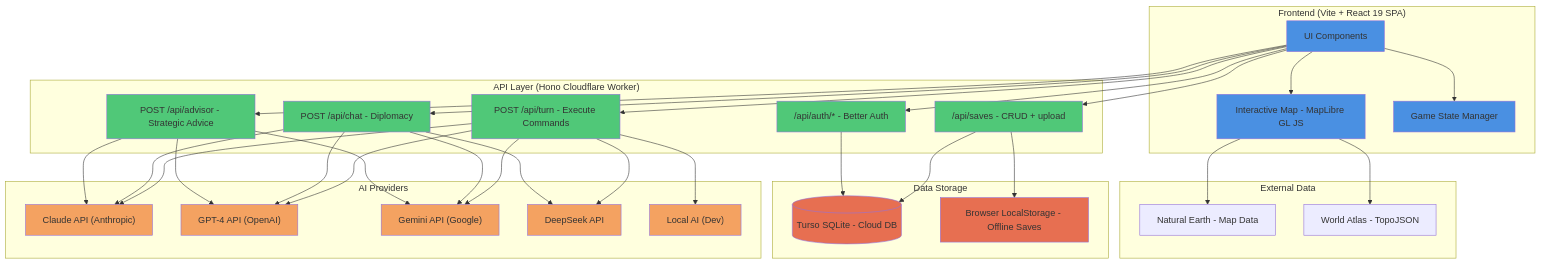
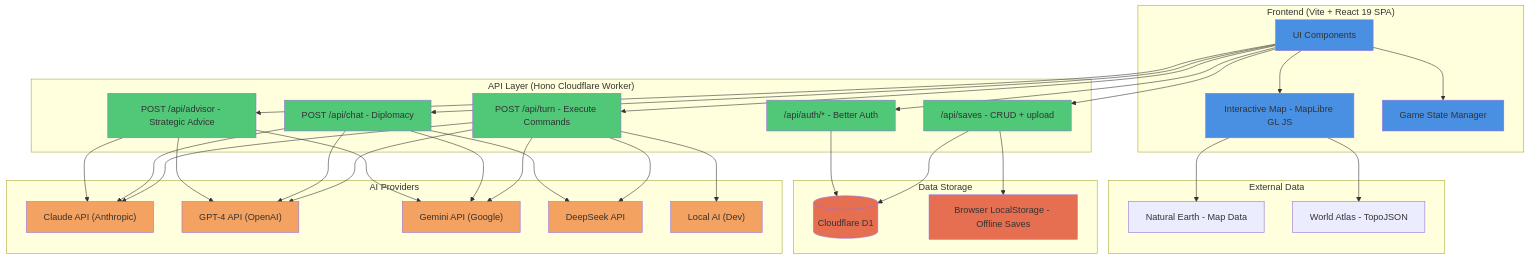
Before and after one commit to sarthak-fleet/open-historia: the diagram in README.md, drawn with Mermaid. The commit also changed other lines of this file and 13 other files, not shown here.

````diff
--- a/README.md
+++ b/README.md
@@ -62,77 +62,77 @@
 ```mermaid
 graph TB
     subgraph "Frontend (Vite + React 19 SPA)"
         UI["UI Components"]
         Map["Interactive Map - MapLibre GL JS"]
         Game["Game State Manager"]
         UI --> Map
         UI --> Game
     end
 
     subgraph "API Layer (Hono Cloudflare Worker)"
         Turn["POST /api/turn - Execute Commands"]
         Chat["POST /api/chat - Diplomacy"]
         Advisor["POST /api/advisor - Strategic Advice"]
         Auth["/api/auth/* - Better Auth"]
         Saves["/api/saves - CRUD + upload"]
     end
 
     subgraph "AI Providers"
         Claude["Claude API (Anthropic)"]
         GPT["GPT-4 API (OpenAI)"]
         Gemini["Gemini API (Google)"]
         DeepSeek["DeepSeek API"]
         Local["Local AI (Dev)"]
     end
 
     subgraph "Data Storage"
-        Turso[("Turso SQLite - Cloud DB")]
+        D1[("Cloudflare D1")]
         LocalStorage["Browser LocalStorage - Offline Saves"]
     end
 
     subgraph "External Data"
         NaturalEarth["Natural Earth - Map Data"]
         WorldAtlas["World Atlas - TopoJSON"]
     end
 
     UI --> Turn
     UI --> Chat
     UI --> Advisor
     UI --> Auth
     UI --> Saves
     Map --> NaturalEarth
     Map --> WorldAtlas
 
     Turn --> Claude
     Turn --> GPT
     Turn --> Gemini
     Turn --> DeepSeek
     Turn --> Local
     Chat --> Claude
     Chat --> GPT
     Chat --> Gemini
     Chat --> DeepSeek
     Advisor --> Claude
     Advisor --> GPT
     Advisor --> Gemini
 
-    Saves --> Turso
+    Saves --> D1
     Saves --> LocalStorage
-    Auth --> Turso
+    Auth --> D1
 
     style UI fill:#4a90e2
     style Map fill:#4a90e2
     style Game fill:#4a90e2
     style Turn fill:#50c878
     style Chat fill:#50c878
     style Advisor fill:#50c878
     style Auth fill:#50c878
     style Saves fill:#50c878
     style Claude fill:#f4a261
     style GPT fill:#f4a261
     style Gemini fill:#f4a261
     style DeepSeek fill:#f4a261
     style Local fill:#f4a261
-    style Turso fill:#e76f51
+    style D1 fill:#e76f51
     style LocalStorage fill:#e76f51
 ```
````
